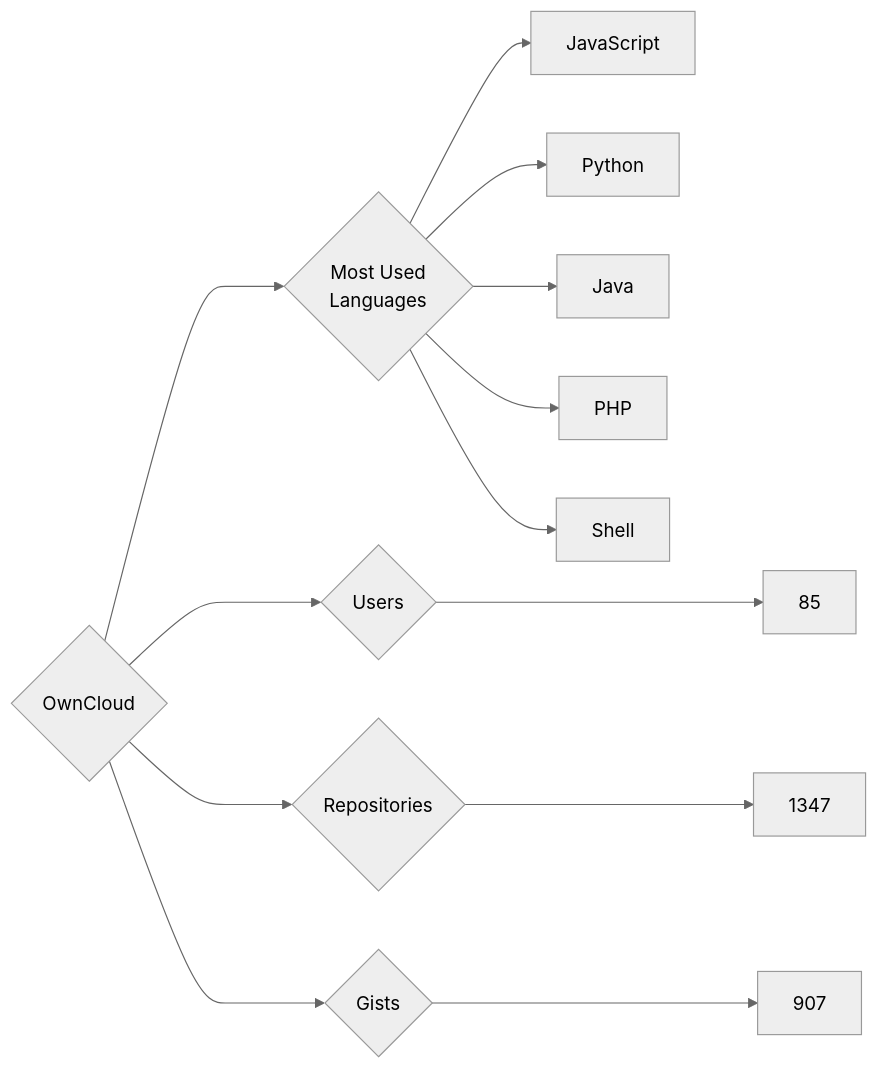
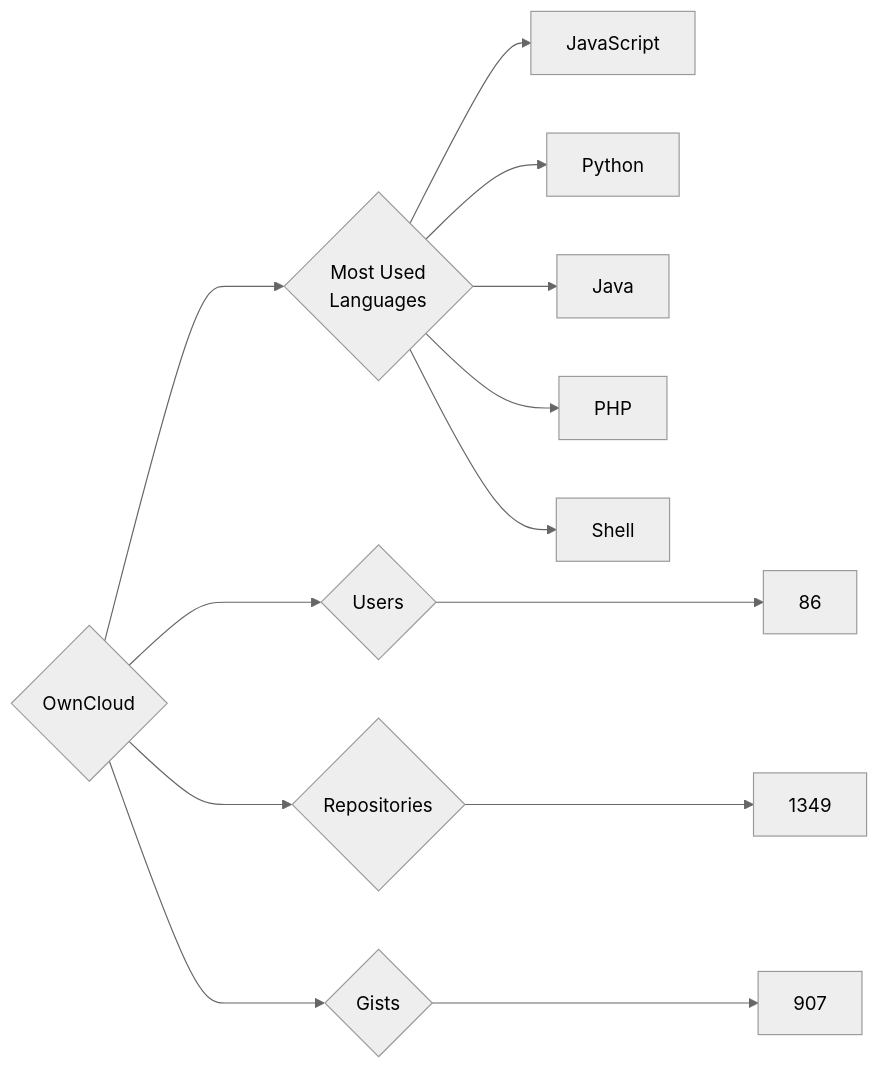
Before and after one commit to trickest/insiders: the diagram in targets/OwnCloud/README.md, drawn with Mermaid (neutral theme). The commit also changed 681 other files, not shown here.

````diff
--- a/targets/OwnCloud/README.md
+++ b/targets/OwnCloud/README.md
@@ -3,13 +3,13 @@
 ```mermaid
 graph LR
 COMPANY_NAME{OwnCloud}
-COMPANY_NAME ---> U{Users} ---> UN[85]
-COMPANY_NAME ---> R{Repositories} ---> RN[1347]
+COMPANY_NAME ---> U{Users} ---> UN[86]
+COMPANY_NAME ---> R{Repositories} ---> RN[1349]
 COMPANY_NAME ---> G{Gists} ---> GN[907]
 COMPANY_NAME ---> ML{Most Used<br>Languages}
 ML --> JavaScript[JavaScript]
 ML --> Python[Python]
 ML --> Java[Java]
 ML --> PHP[PHP]
 ML --> Shell[Shell]
 ```
````
